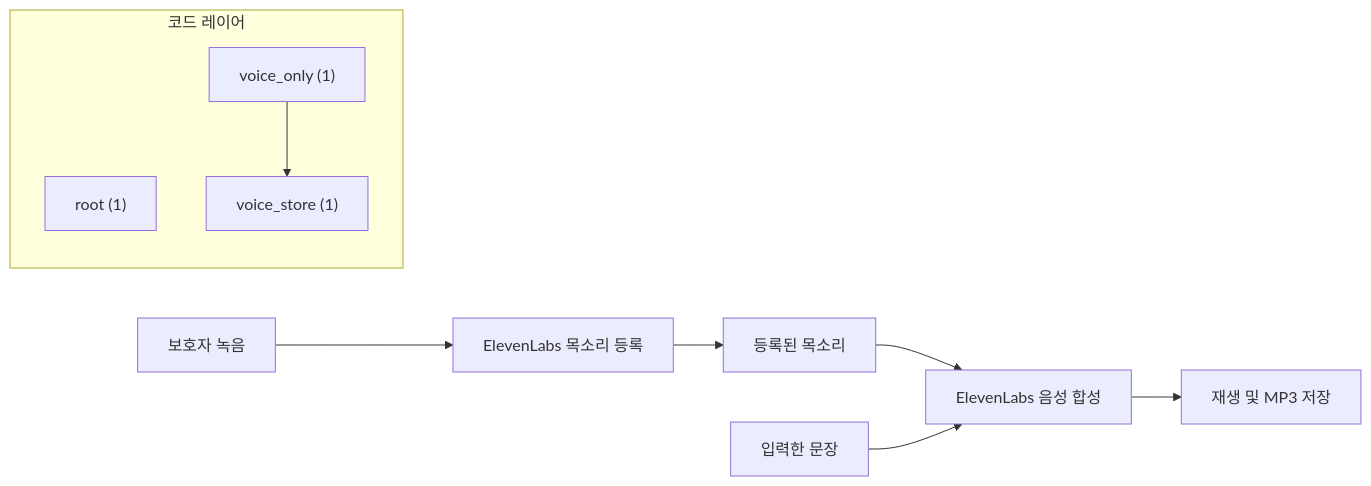
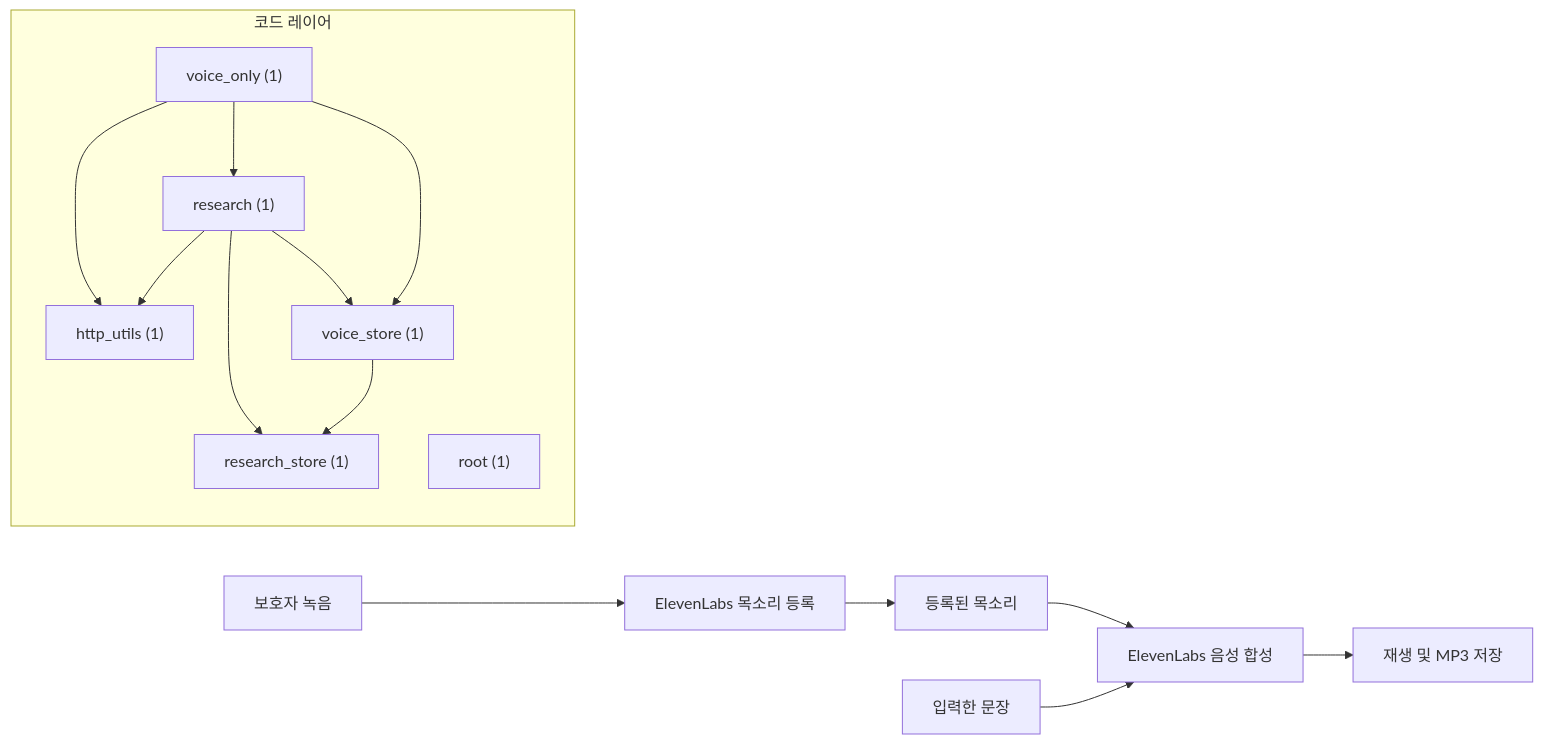
One commit to GracieRho/KoF5-TTS-delirium changed the diagram in architecture/generated/project-map.md. Above: the diagram before and after it, drawn with Mermaid. The commit also changed other lines of this file and 19 other files, not shown here.

````diff
--- a/architecture/generated/project-map.md
+++ b/architecture/generated/project-map.md
@@ -5,15 +5,24 @@
 ```mermaid
 flowchart LR
   mic["보호자 녹음"] --> enroll["ElevenLabs 목소리 등록"]
   enroll --> voice["등록된 목소리"]
   voice --> tts["ElevenLabs 음성 합성"]
   text["입력한 문장"] --> tts
   tts --> mp3["재생 및 MP3 저장"]
 
   subgraph code["코드 레이어"]
+    layer_http_utils["http_utils (1)"]
+    layer_research["research (1)"]
+    layer_research_store["research_store (1)"]
     layer_root["root (1)"]
     layer_voice_only["voice_only (1)"]
     layer_voice_store["voice_store (1)"]
+    layer_research --> layer_http_utils
+    layer_research --> layer_research_store
+    layer_research --> layer_voice_store
+    layer_voice_only --> layer_http_utils
+    layer_voice_only --> layer_research
     layer_voice_only --> layer_voice_store
+    layer_voice_store --> layer_research_store
   end
 ```
````
